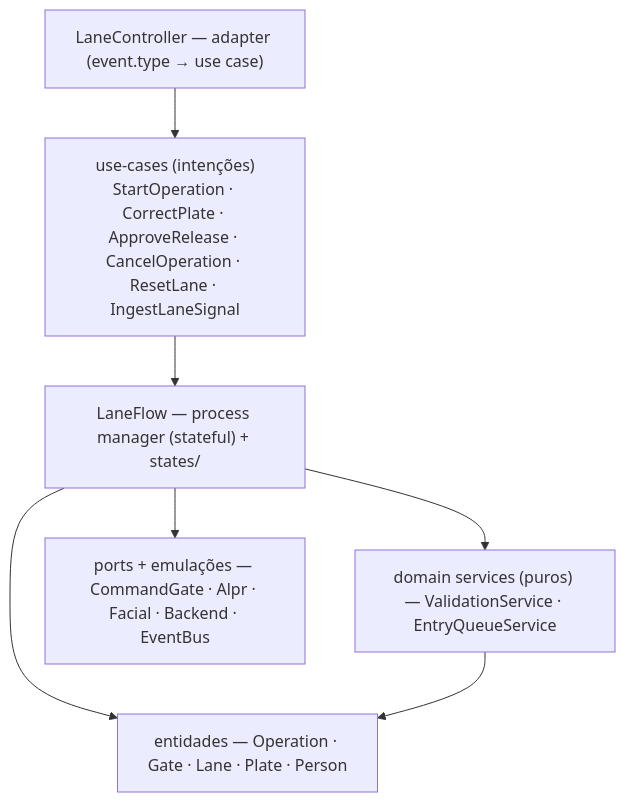
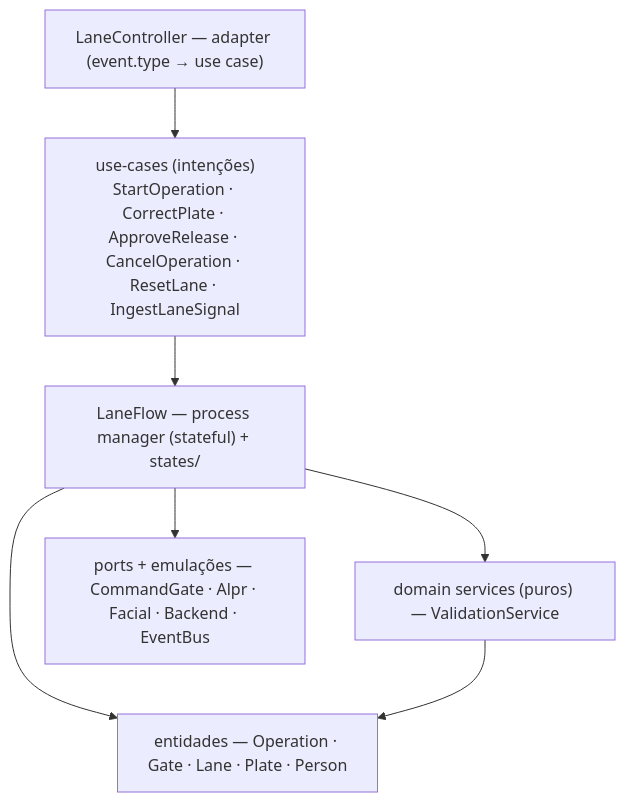
The third of 7 diagrams in README.md (renanlido/teste_classes), drawn with Mermaid before and after one commit. The commit also changed other lines of this file, not shown here.

````diff
--- a/README.md
+++ b/README.md
@@ -74,14 +83,14 @@
 ```mermaid
 flowchart TB
   CTRL["LaneController — adapter (event.type → use case)"]
   UC["use-cases (intenções)<br/>StartOperation · CorrectPlate · ApproveRelease · CancelOperation · ResetLane · IngestLaneSignal"]
   FLOW["LaneFlow — process manager (stateful) + states/"]
-  DS["domain services (puros) — ValidationService · EntryQueueService"]
+  DS["domain services (puros) — ValidationService"]
   ENT["entidades — Operation · Gate · Lane · Plate · Person"]
   PORTS["ports + emulações — CommandGate · Alpr · Facial · Backend · EventBus"]
   CTRL --> UC --> FLOW
   FLOW --> DS
   FLOW --> ENT
   FLOW --> PORTS
   DS --> ENT
 ```
````
